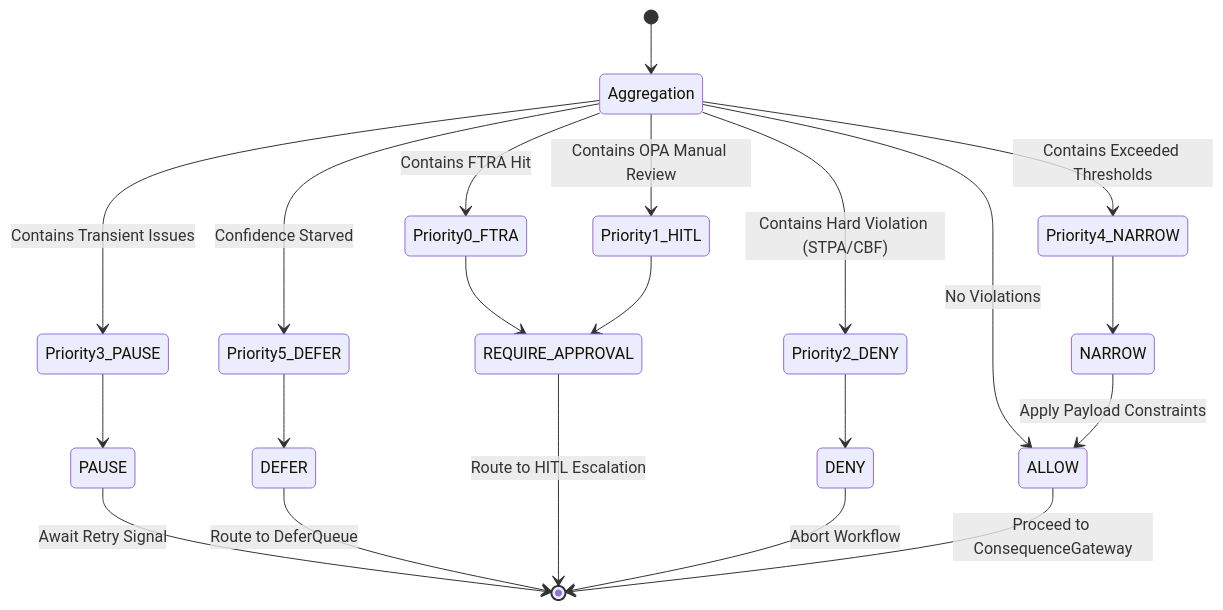
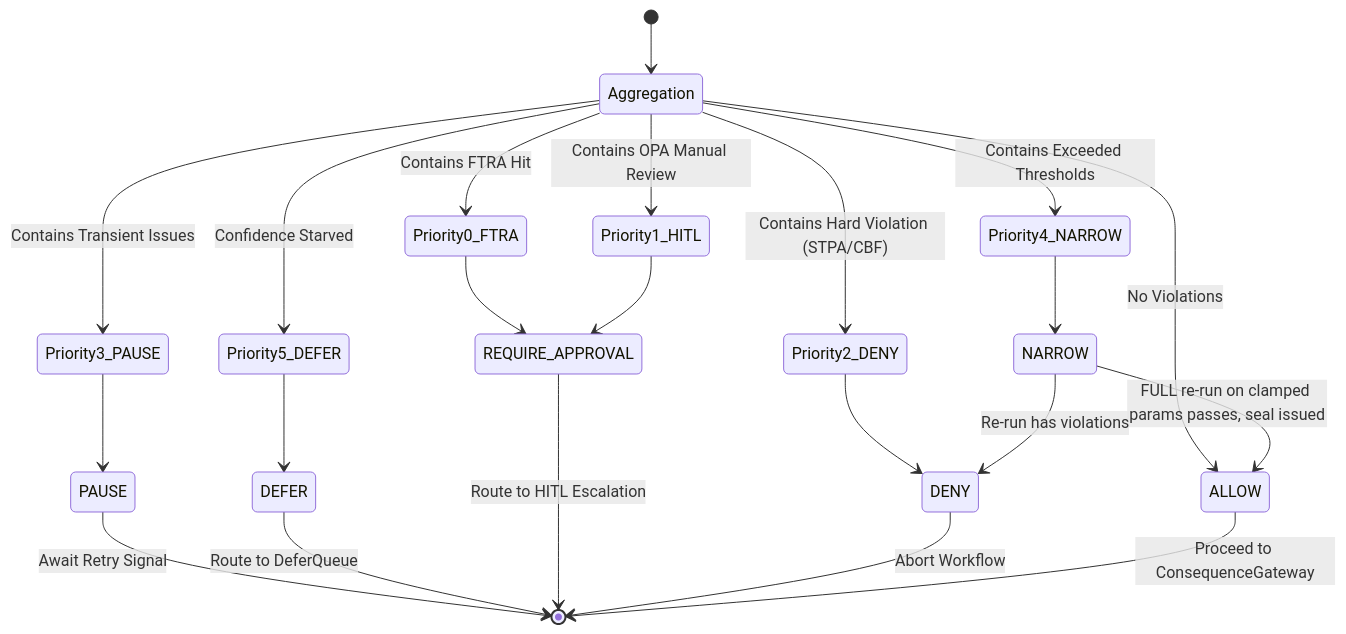
The first of 4 diagrams in docs/architecture/GATEWAY_ARCHITECTURE.md (google/cybernetic-agent-governance-engine), drawn with Mermaid before and after one commit. The commit also changed other lines of this file and 9 other files, not shown here.

````diff
--- a/docs/architecture/GATEWAY_ARCHITECTURE.md
+++ b/docs/architecture/GATEWAY_ARCHITECTURE.md
@@ -50,25 +50,26 @@
 ```mermaid
 stateDiagram-v2
     [*] --> Aggregation
     Aggregation --> Priority0_FTRA: Contains FTRA Hit
     Aggregation --> Priority1_HITL: Contains OPA Manual Review
     Aggregation --> Priority2_DENY: Contains Hard Violation (STPA/CBF)
     Aggregation --> Priority3_PAUSE: Contains Transient Issues
     Aggregation --> Priority4_NARROW: Contains Exceeded Thresholds
     Aggregation --> Priority5_DEFER: Confidence Starved
     Aggregation --> ALLOW: No Violations
 
     Priority0_FTRA --> REQUIRE_APPROVAL
     Priority1_HITL --> REQUIRE_APPROVAL
     Priority2_DENY --> DENY
     Priority3_PAUSE --> PAUSE
     Priority4_NARROW --> NARROW
     Priority5_DEFER --> DEFER
 
     PAUSE --> [*]: Await Retry Signal
     DEFER --> [*]: Route to DeferQueue
     REQUIRE_APPROVAL --> [*]: Route to HITL Escalation
     DENY --> [*]: Abort Workflow
-    NARROW --> ALLOW: Apply Payload Constraints
+    NARROW --> ALLOW: FULL re-run on clamped params passes, seal issued
+    NARROW --> DENY: Re-run has violations
     ALLOW --> [*]: Proceed to ConsequenceGateway
 ```
````
